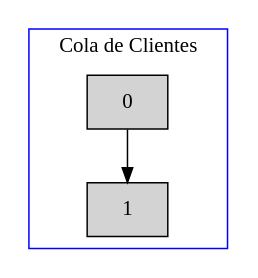
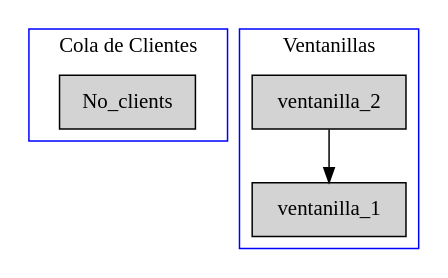
The diagram in graph.dot (DiegoCali/EDD_PROYECTO_202201128), drawn with Graphviz before and after one commit. The commit also changed 7 other files, not shown here.

Commit message:
Window graphs tested, so far so good. Starting with waiting list graphs

```diff
--- a/graph.dot
+++ b/graph.dot
@@ -1,9 +1,14 @@
  digraph G{
  subgraph cluster_0{
  node [style=filled, shape=box];
- rankdir=LR;
-  0 ->   1 ;
+ No_clients;
  label="Cola de Clientes";
  color=blue;
  }
+ subgraph cluster_1{
+ node [style=filled, shape=box];
+ ventanilla_2     -> ventanilla_1    ;
+ label="Ventanillas";
+ color=blue;
  }
+ }
```
